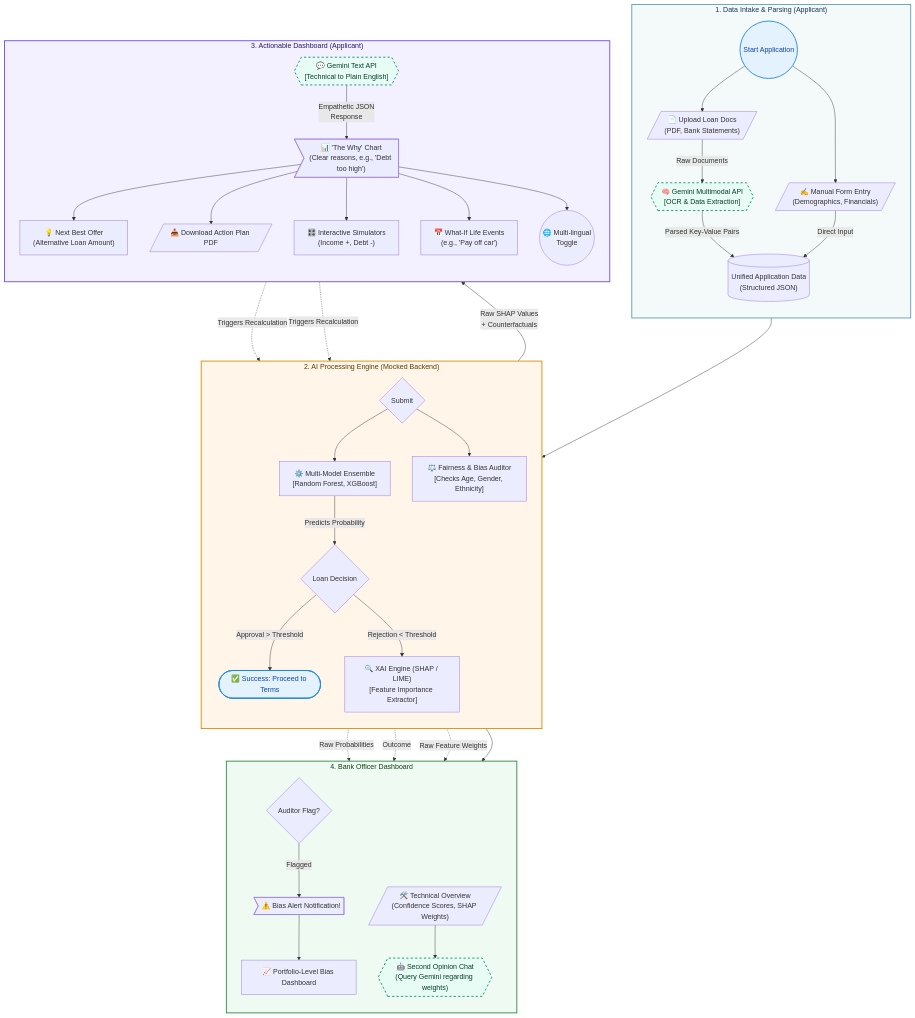
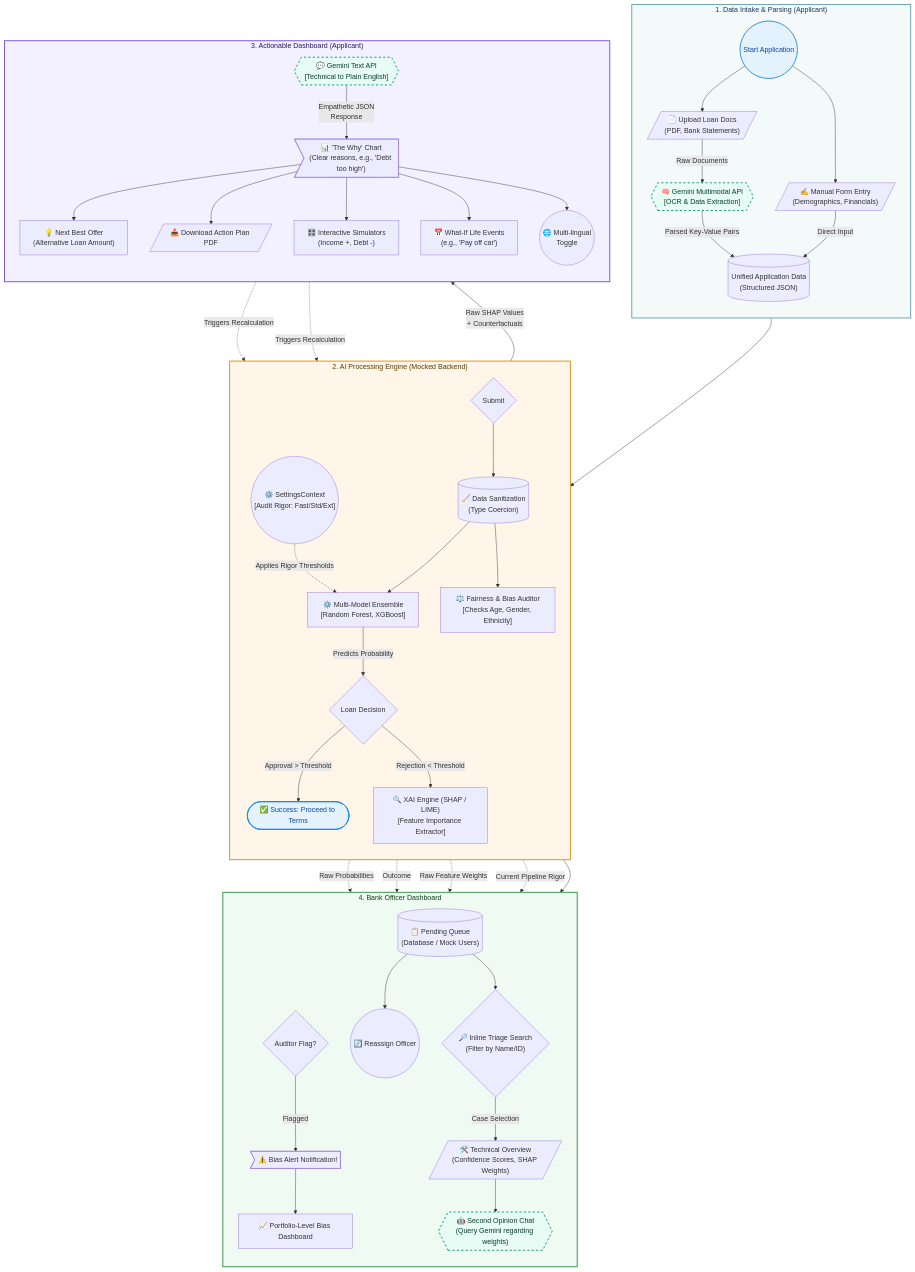
The diagram in Docs/architecture_flow.md (RajAnand132/FairLens-XAI), drawn with Mermaid before and after one commit. The commit also changed 1 other file, not shown here.

Commit message:
docs: Add comprehensive project report and system architecture diagram.

```diff
--- a/Docs/architecture_flow.md
+++ b/Docs/architecture_flow.md
@@ -36,6 +36,10 @@
         direction TB
         Submit{"Submit"}
         
+        %% Pipeline Stages
+        Clean[("🧹 Data Sanitization\n(Type Coercion)")]
+        Settings(("⚙️ SettingsContext\n[Audit Rigor: Fast/Std/Ext]"))
+        
         %% Models
         Model["⚙️ Multi-Model Ensemble\n[Random Forest, XGBoost]"]
         Auditor["⚖️ Fairness & Bias Auditor\n[Checks Age, Gender, Ethnicity]"]
@@ -44,8 +48,11 @@
         Decision{"Loan Decision"}
         XAI["🔍 XAI Engine (SHAP / LIME)\n[Feature Importance Extractor]"]
         
-        Submit --> Model
-        Submit --> Auditor
+        Submit --> Clean
+        Clean --> Model
+        Clean --> Auditor
+        Settings -.->|"Applies Rigor Thresholds"| Model
+        
         Model -->|Predicts Probability| Decision
         Decision -->|Approval > Threshold| AppFlow(["✅ Success: Proceed to Terms"])
         Decision -->|Rejection < Threshold| XAI
@@ -86,18 +93,28 @@
     %% -----------------------------------------
     subgraph Phase4["4. Bank Officer Dashboard"]
         direction TB
-        %% UI
+        %% Setup & Tools
+        Queue[("📋 Pending Queue\n(Database / Mock Users)")]
+        Triage{"🔎 Inline Triage Search\n(Filter by Name/ID)"}
+        
+        %% Analysis UI
         TechPanel[/"🛠️ Technical Overview\n(Confidence Scores, SHAP Weights)"/]
         BiasCheck{"Auditor Flag?"}
         
-        %% Alerts & Comms
+        %% Actions & Alerts
+        Reassign(("🔄 Reassign Officer"))
         Alert>"⚠️ Bias Alert Notification!"]
         OfficerChat{{"🤖 Second Opinion Chat\n(Query Gemini regarding weights)"}}
         Portfolio["📈 Portfolio-Level Bias Dashboard"]
         
+        Queue --> Triage
+        Triage -->|Case Selection| TechPanel
+        Queue --> Reassign
+        
         Model -.->|Raw Probabilities| TechPanel
         Decision -.->|Outcome| TechPanel
         XAI -.->|Raw Feature Weights| TechPanel
+        Settings -.->|"Current Pipeline Rigor"| TechPanel
         
         Auditor --> BiasCheck
         BiasCheck -->|Flagged| Alert
```
